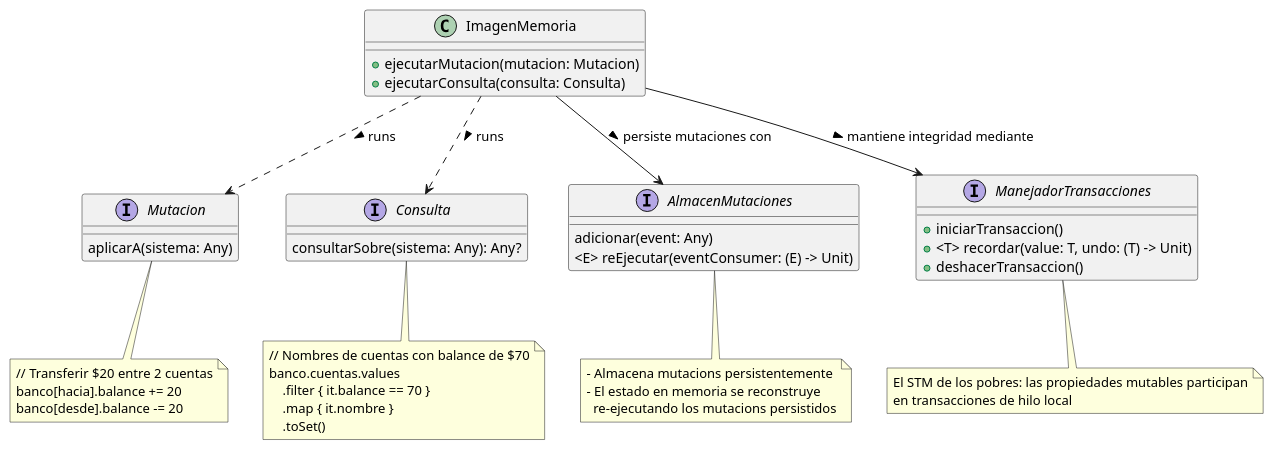
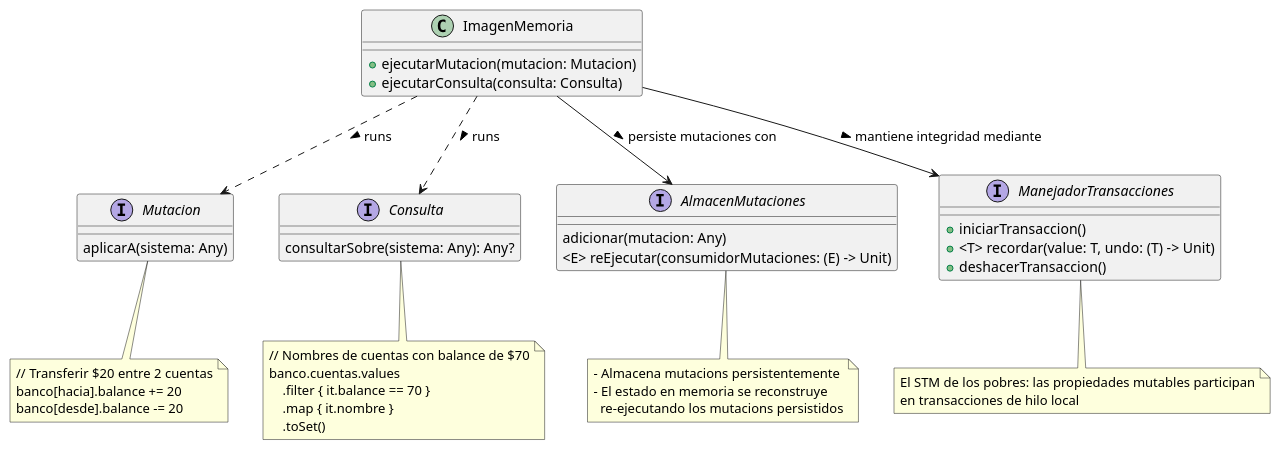
One commit to xrrocha/jvm-funcional changed the diagram in kotlin/docs/kmemimg.puml. Above: the diagram before and after it, drawn with PlantUML. The commit also changed 3 other files, not shown here.

```diff
--- a/kotlin/docs/kmemimg.puml
+++ b/kotlin/docs/kmemimg.puml
@@ -1,55 +1,55 @@
 @startuml
 
 class ImagenMemoria {
     + ejecutarMutacion(mutacion: Mutacion)
     + ejecutarConsulta(consulta: Consulta)
 }
 ImagenMemoria ..> Mutacion: runs >
 ImagenMemoria ..> Consulta: runs >
 ImagenMemoria --> AlmacenMutaciones: persiste mutaciones con >
 ImagenMemoria --> ManejadorTransacciones: mantiene integridad mediante >
 
 together {
     interface AlmacenMutaciones {
-        adicionar(event: Any)
-        <E> reEjecutar(eventConsumer: (E) -> Unit)
+        adicionar(mutacion: Any)
+        <E> reEjecutar(consumidorMutaciones: (E) -> Unit)
     }
     note bottom of AlmacenMutaciones
         - Almacena mutacions persistentemente
         - El estado en memoria se reconstruye
           re-ejecutando los mutacions persistidos
     end note
     interface ManejadorTransacciones {
         + iniciarTransaccion()
         + <T> recordar(value: T, undo: (T) -> Unit)
         + deshacerTransaccion()
     }
     note bottom of ManejadorTransacciones
         El STM de los pobres: las propiedades mutables participan
         en transacciones de hilo local
     end note
 }
 
 together {
     interface Mutacion {
         aplicarA(sistema: Any)
     }
     note bottom of Mutacion
         // Transferir $20 entre 2 cuentas
         banco[hacia].balance += 20
         banco[desde].balance -= 20
     end note
 
     interface Consulta {
         consultarSobre(sistema: Any): Any?
     }
     note bottom of Consulta
         // Nombres de cuentas con balance de $70
         banco.cuentas.values
             .filter { it.balance == 70 }
             .map { it.nombre }
             .toSet()
     end note
 }
 
 @enduml
```
